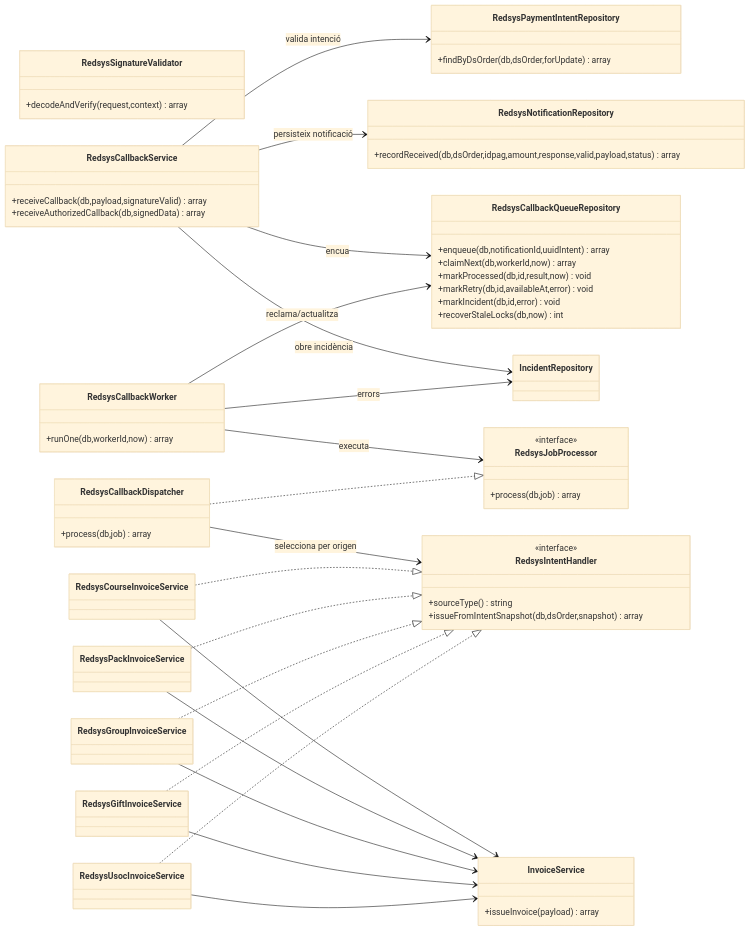
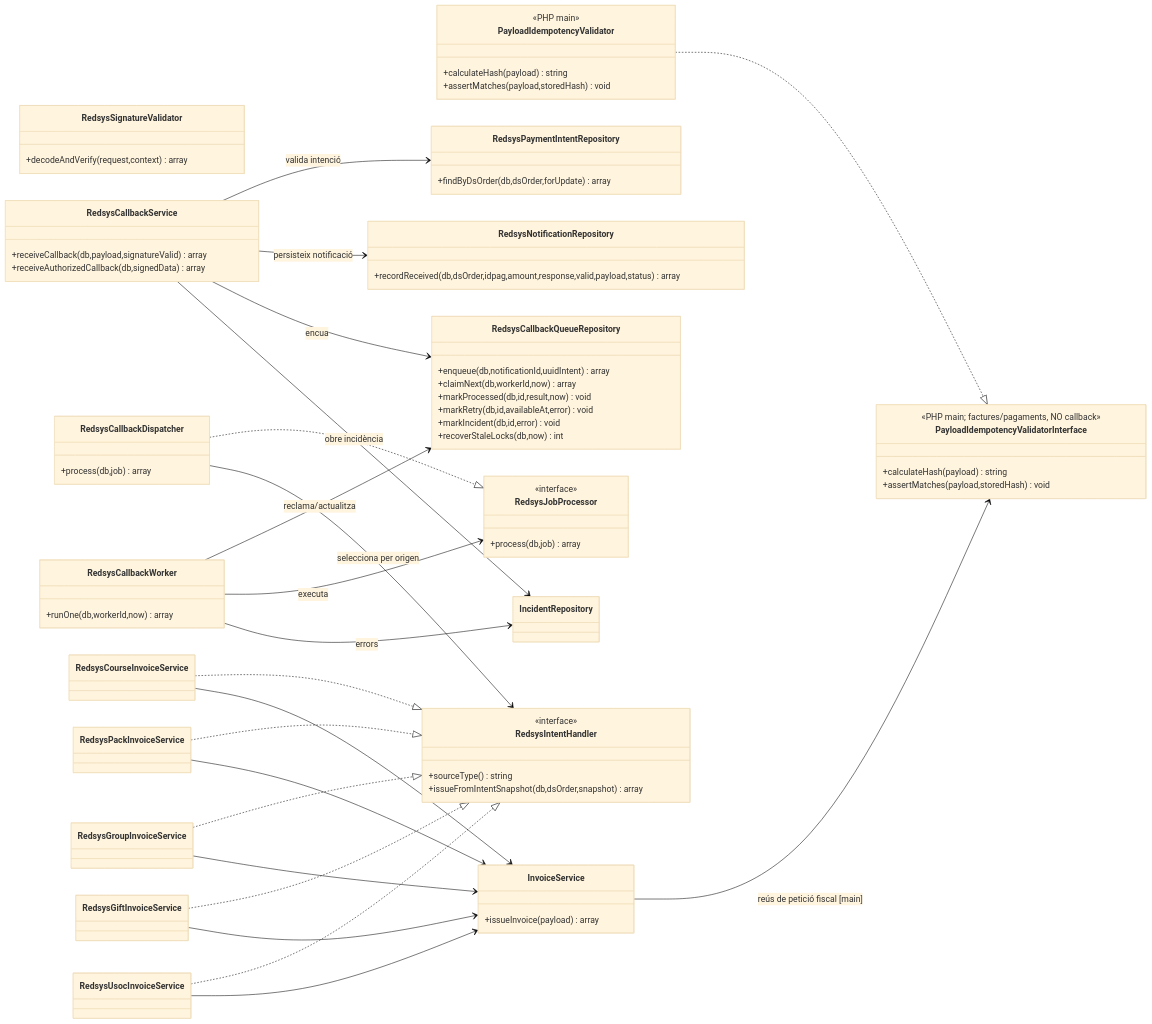
One commit to orgmeriemprismacat-del/verifactu changed the third of 8 diagrams in documentacio/07-uml-integrat/uc-003-processar-cobrament-redsys-asincron.md. Above: the diagram before and after it, drawn with Mermaid (base theme). The commit also changed other lines of this file, not shown here.

Commit message:
docs(uml): UC-03 ajusta v2 a recepció async i distingeix hash callback de hash petició factura/pagament

````diff
--- a/documentacio/07-uml-integrat/uc-003-processar-cobrament-redsys-asincron.md
+++ b/documentacio/07-uml-integrat/uc-003-processar-cobrament-redsys-asincron.md
@@ -136,68 +153,82 @@
 ```mermaid
 classDiagram
 direction LR
 class RedsysSignatureValidator {
  +decodeAndVerify(request,context) array
 }
+class PayloadIdempotencyValidatorInterface {
+ <<PHP main; factures/pagaments, NO callback>>
+ +calculateHash(payload) string
+ +assertMatches(payload,storedHash) void
+}
+class PayloadIdempotencyValidator {
+ <<PHP main>>
+ +calculateHash(payload) string
+ +assertMatches(payload,storedHash) void
+}
+PayloadIdempotencyValidator ..|> PayloadIdempotencyValidatorInterface
+
 class RedsysCallbackService {
  +receiveCallback(db,payload,signatureValid) array
  +receiveAuthorizedCallback(db,signedData) array
 }
 class RedsysPaymentIntentRepository {
  +findByDsOrder(db,dsOrder,forUpdate) array
 }
 class RedsysNotificationRepository {
  +recordReceived(db,dsOrder,idpag,amount,response,valid,payload,status) array
 }
 class RedsysCallbackQueueRepository {
  +enqueue(db,notificationId,uuidIntent) array
  +claimNext(db,workerId,now) array
  +markProcessed(db,id,result,now) void
  +markRetry(db,id,availableAt,error) void
  +markIncident(db,id,error) void
  +recoverStaleLocks(db,now) int
 }
 class RedsysCallbackWorker {
  +runOne(db,workerId,now) array
 }
 class RedsysJobProcessor {
  <<interface>>
  +process(db,job) array
 }
 class RedsysCallbackDispatcher {
  +process(db,job) array
 }
 class RedsysIntentHandler {
  <<interface>>
  +sourceType() string
  +issueFromIntentSnapshot(db,dsOrder,snapshot) array
 }
 class RedsysCourseInvoiceService
 class RedsysPackInvoiceService
 class RedsysGroupInvoiceService
 class RedsysGiftInvoiceService
 class RedsysUsocInvoiceService
 class InvoiceService {
  +issueInvoice(payload) array
 }
 class IncidentRepository
 RedsysCallbackService --> RedsysPaymentIntentRepository : valida intenció
 RedsysCallbackService --> RedsysNotificationRepository : persisteix notificació
 RedsysCallbackService --> RedsysCallbackQueueRepository : encua
 RedsysCallbackService --> IncidentRepository : obre incidència
 RedsysCallbackWorker --> RedsysCallbackQueueRepository : reclama/actualitza
 RedsysCallbackWorker --> RedsysJobProcessor : executa
 RedsysCallbackWorker --> IncidentRepository : errors
 RedsysCallbackDispatcher ..|> RedsysJobProcessor
 RedsysCallbackDispatcher --> RedsysIntentHandler : selecciona per origen
 RedsysCourseInvoiceService ..|> RedsysIntentHandler
 RedsysPackInvoiceService ..|> RedsysIntentHandler
 RedsysGroupInvoiceService ..|> RedsysIntentHandler
 RedsysGiftInvoiceService ..|> RedsysIntentHandler
 RedsysUsocInvoiceService ..|> RedsysIntentHandler
 RedsysCourseInvoiceService --> InvoiceService
+InvoiceService --> PayloadIdempotencyValidatorInterface : reús de petició fiscal [main]
+
 RedsysPackInvoiceService --> InvoiceService
 RedsysGroupInvoiceService --> InvoiceService
 RedsysGiftInvoiceService --> InvoiceService
 RedsysUsocInvoiceService --> InvoiceService
 ```
````
